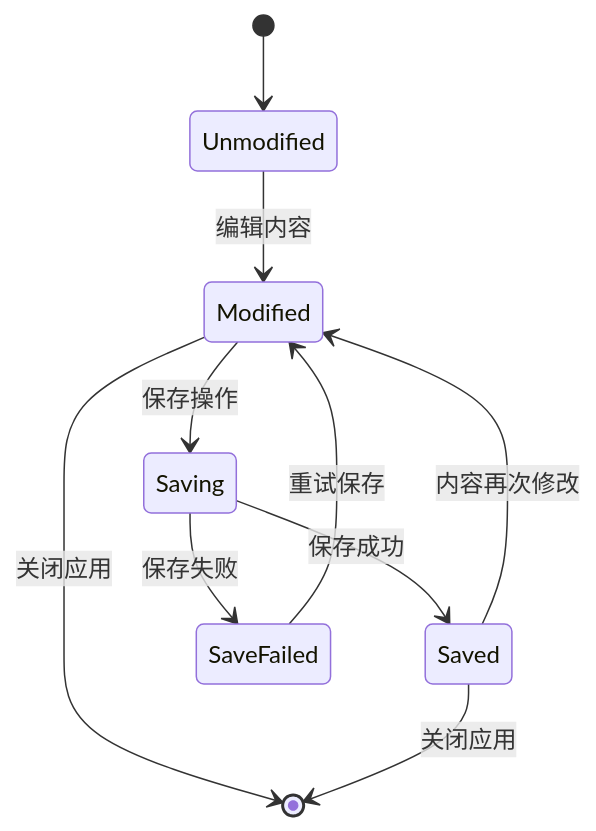
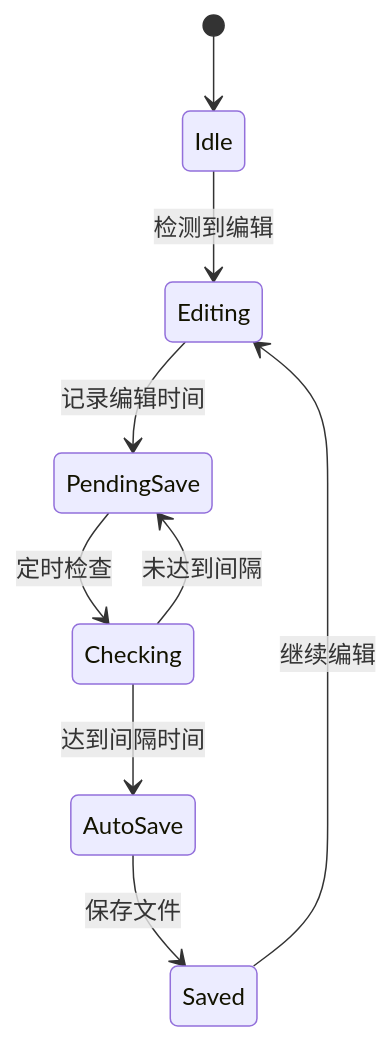
One commit to tea4go/mdedit changed diagram 15 of 20 in .qoder/repowiki/zh/content/功能特性详解/文件操作功能.md. Above: the diagram before and after it, drawn with Mermaid. The commit also changed other lines of this file and 25 other files, not shown here.

````diff
--- a/.qoder/repowiki/zh/content/功能特性详解/文件操作功能.md
+++ b/.qoder/repowiki/zh/content/功能特性详解/文件操作功能.md
@@ -431,12 +505,11 @@
 ```mermaid
 stateDiagram-v2
-[*] --> Unmodified
-Unmodified --> Modified : 编辑内容
-Modified --> Saving : 保存操作
-Saving --> Saved : 保存成功
-Saving --> SaveFailed : 保存失败
-Saved --> Modified : 内容再次修改
-SaveFailed --> Modified : 重试保存
-Modified --> [*] : 关闭应用
-Saved --> [*] : 关闭应用
+[*] --> Idle
+Idle --> Editing : 检测到编辑
+Editing --> PendingSave : 记录编辑时间
+PendingSave --> Checking : 定时检查
+Checking --> AutoSave : 达到间隔时间
+AutoSave --> Saved : 保存文件
+Saved --> Editing : 继续编辑
+Checking --> PendingSave : 未达到间隔
 ```
````
